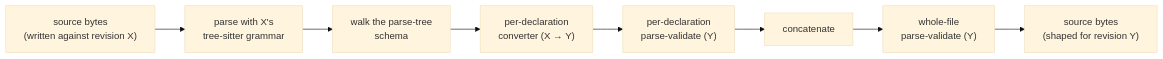
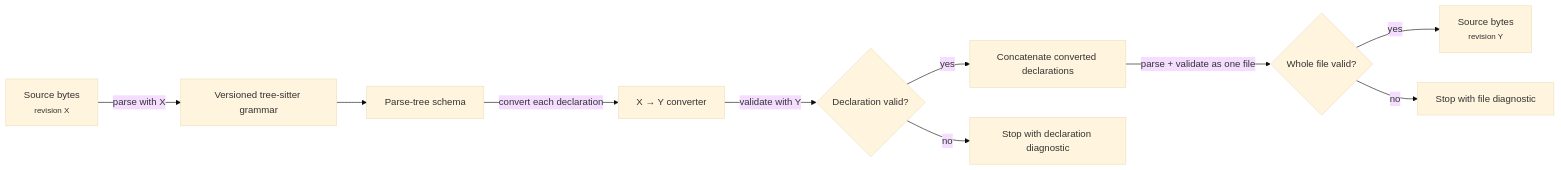
One commit to FACTSlab/quivers changed the diagram in docs/guides/migration.md. Above: the diagram before and after it, drawn with Mermaid (base theme). The commit also changed other lines of this file and 106 other files, not shown here.

````diff
--- a/docs/guides/migration.md
+++ b/docs/guides/migration.md
@@ -17,12 +17,16 @@
 ```mermaid
 flowchart LR
-    A["source bytes<br/>(written against revision X)"]
-    B["parse with X's<br/>tree-sitter grammar"]
-    C["walk the parse-tree<br/>schema"]
-    D["per-declaration<br/>converter (X → Y)"]
-    E["per-declaration<br/>parse-validate (Y)"]
-    F["concatenate"]
-    G["whole-file<br/>parse-validate (Y)"]
-    H["source bytes<br/>(shaped for revision Y)"]
-    A --> B --> C --> D --> E --> F --> G --> H
+    A["Source bytes<br/><small>revision X</small>"] -->|parse with X| B["Versioned tree-sitter grammar"]
+    B --> C["Parse-tree schema"] -->|convert each declaration| D["X → Y converter"]
+    D -->|validate with Y| E{"Declaration valid?"}
+    E -->|yes| F["Concatenate converted declarations"]
+    F -->|parse + validate as one file| G{"Whole file valid?"}
+    G -->|yes| H["Source bytes<br/><small>revision Y</small>"]
+    E -->|no| STOP1["Stop with declaration diagnostic"]
+    G -->|no| STOP2["Stop with file diagnostic"]
+    class A qv-input
+    class B,C,D,F qv-checked
+    class E,G qv-decision
+    class H qv-output
+    class STOP1,STOP2 qv-foundation
 ```
````
